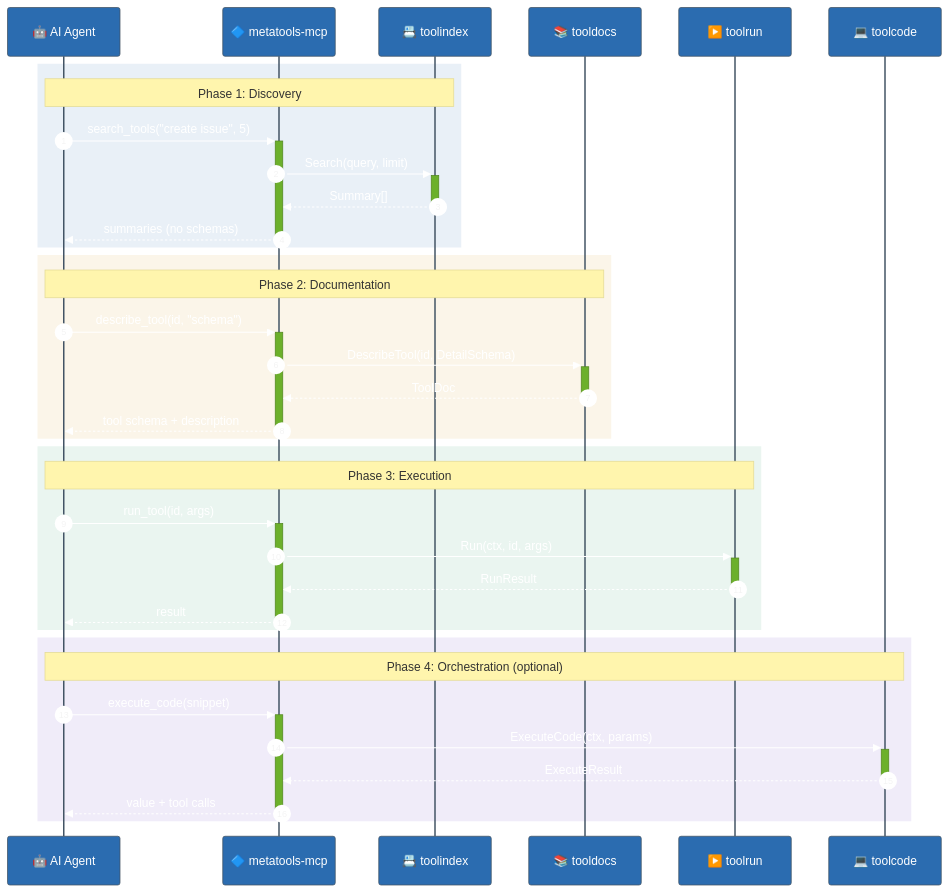
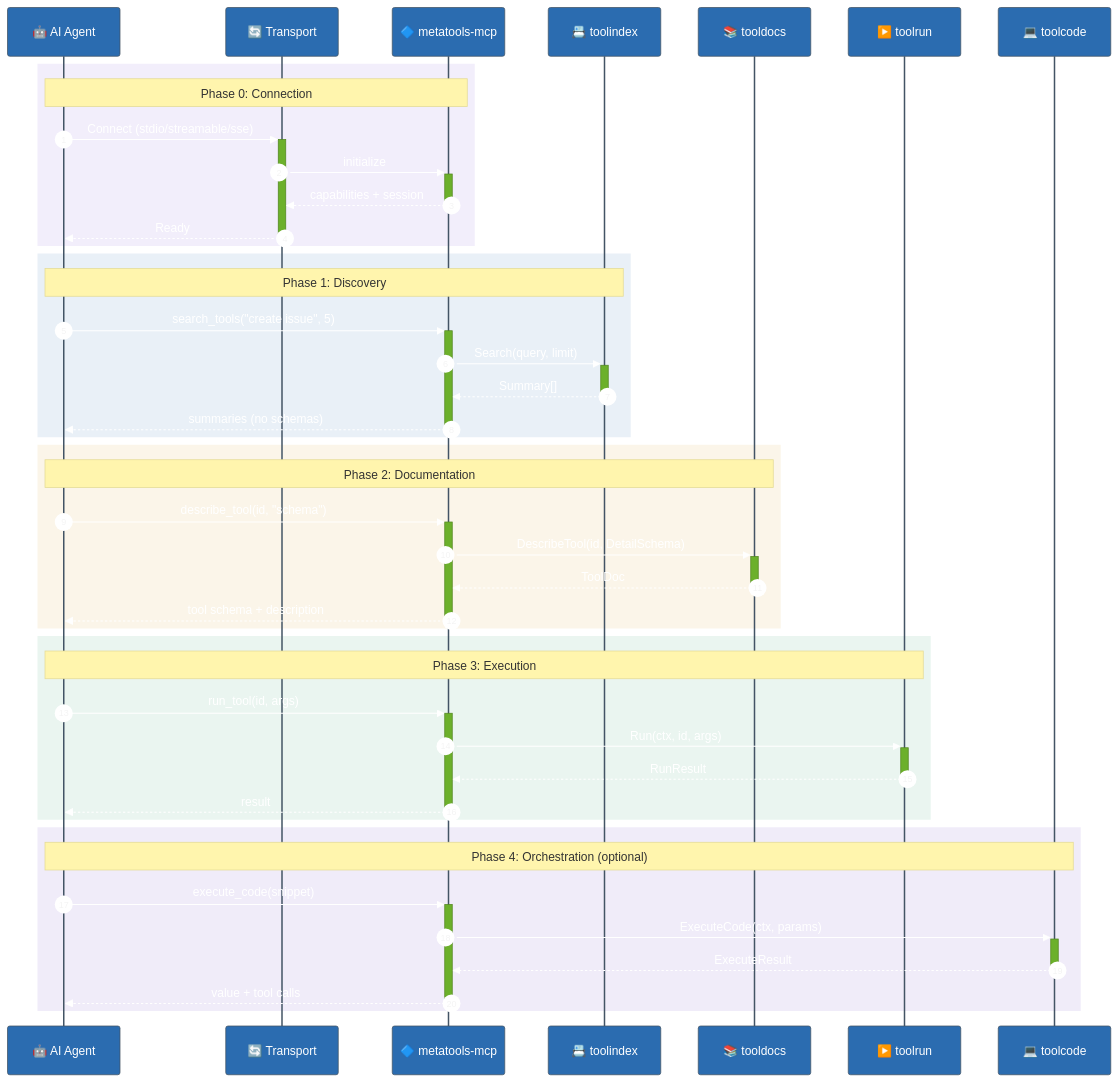
One commit to jonwraymond/metatools-mcp changed the second of 3 diagrams in docs/user-journey.md. Above: the diagram before and after it, drawn with Mermaid. The commit also changed other lines of this file and 37 other files, not shown here.

Commit message:
feat: add streamable transport and docker runtime

````diff
--- a/docs/user-journey.md
+++ b/docs/user-journey.md
@@ -9,44 +57,53 @@
 ```mermaid
 %%{init: {'theme': 'base', 'themeVariables': {'primaryColor': '#2b6cb0', 'primaryTextColor': '#fff'}}}%%
 sequenceDiagram
     autonumber
 
     participant Agent as 🤖 AI Agent
+    participant Transport as 🔄 Transport
     participant MCP as 🔷 metatools-mcp
     participant Index as 📇 toolindex
     participant Docs as 📚 tooldocs
     participant Run as ▶️ toolrun
     participant Code as 💻 toolcode
+
+    rect rgb(128, 90, 213, 0.1)
+        Note over Agent,MCP: Phase 0: Connection
+        Agent->>+Transport: Connect (stdio/streamable/sse)
+        Transport->>+MCP: initialize
+        MCP-->>-Transport: capabilities + session
+        Transport-->>-Agent: Ready
+    end
 
     rect rgb(43, 108, 176, 0.1)
         Note over Agent,Index: Phase 1: Discovery
         Agent->>+MCP: search_tools("create issue", 5)
         MCP->>+Index: Search(query, limit)
         Index-->>-MCP: Summary[]
         MCP-->>-Agent: summaries (no schemas)
     end
 
     rect rgb(214, 158, 46, 0.1)
         Note over Agent,Docs: Phase 2: Documentation
         Agent->>+MCP: describe_tool(id, "schema")
         MCP->>+Docs: DescribeTool(id, DetailSchema)
         Docs-->>-MCP: ToolDoc
         MCP-->>-Agent: tool schema + description
     end
 
     rect rgb(56, 161, 105, 0.1)
         Note over Agent,Run: Phase 3: Execution
         Agent->>+MCP: run_tool(id, args)
         MCP->>+Run: Run(ctx, id, args)
         Run-->>-MCP: RunResult
         MCP-->>-Agent: result
     end
 
     rect rgb(107, 70, 193, 0.1)
         Note over Agent,Code: Phase 4: Orchestration (optional)
         Agent->>+MCP: execute_code(snippet)
         MCP->>+Code: ExecuteCode(ctx, params)
         Code-->>-MCP: ExecuteResult
         MCP-->>-Agent: value + tool calls
     end
 ```
````
